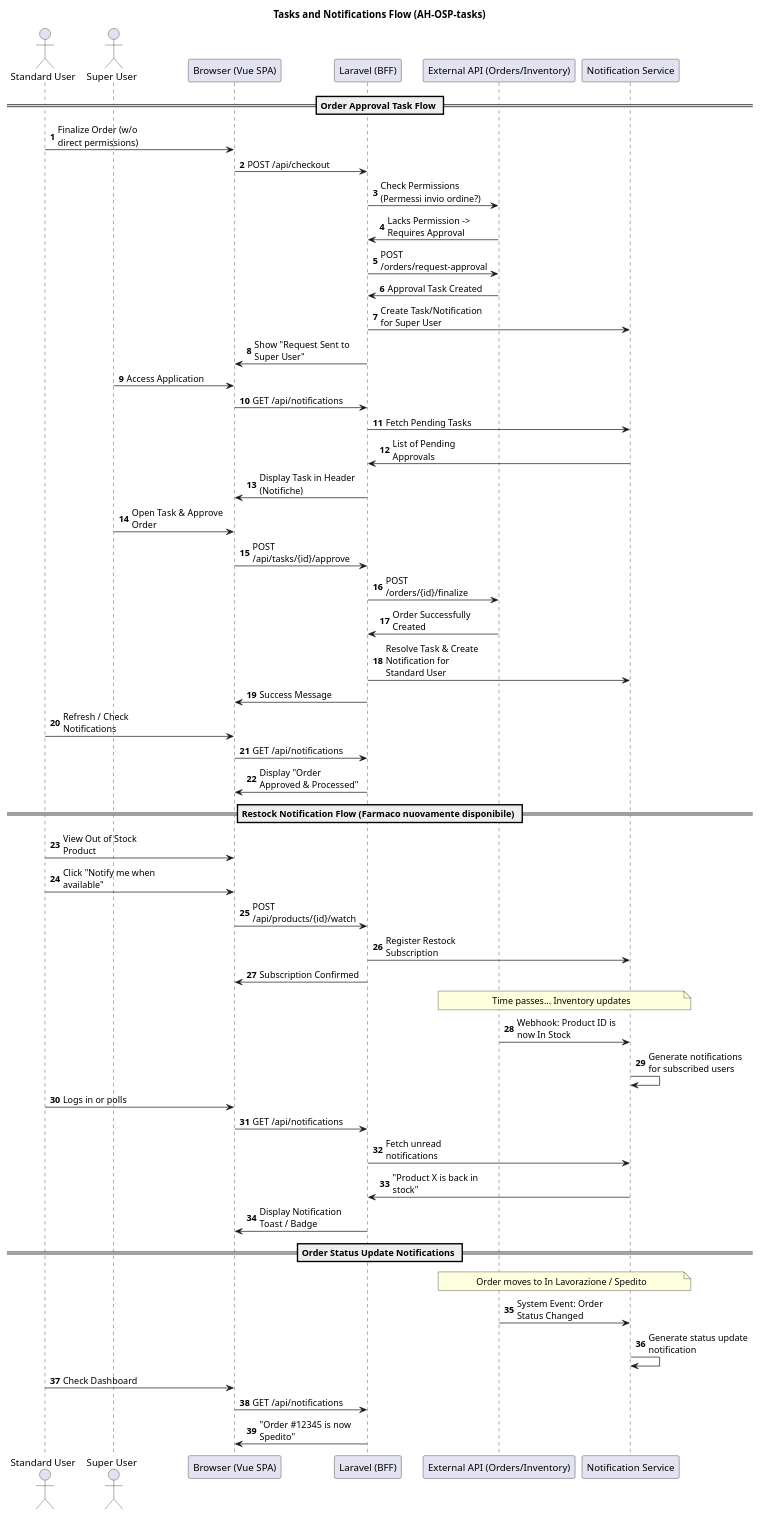
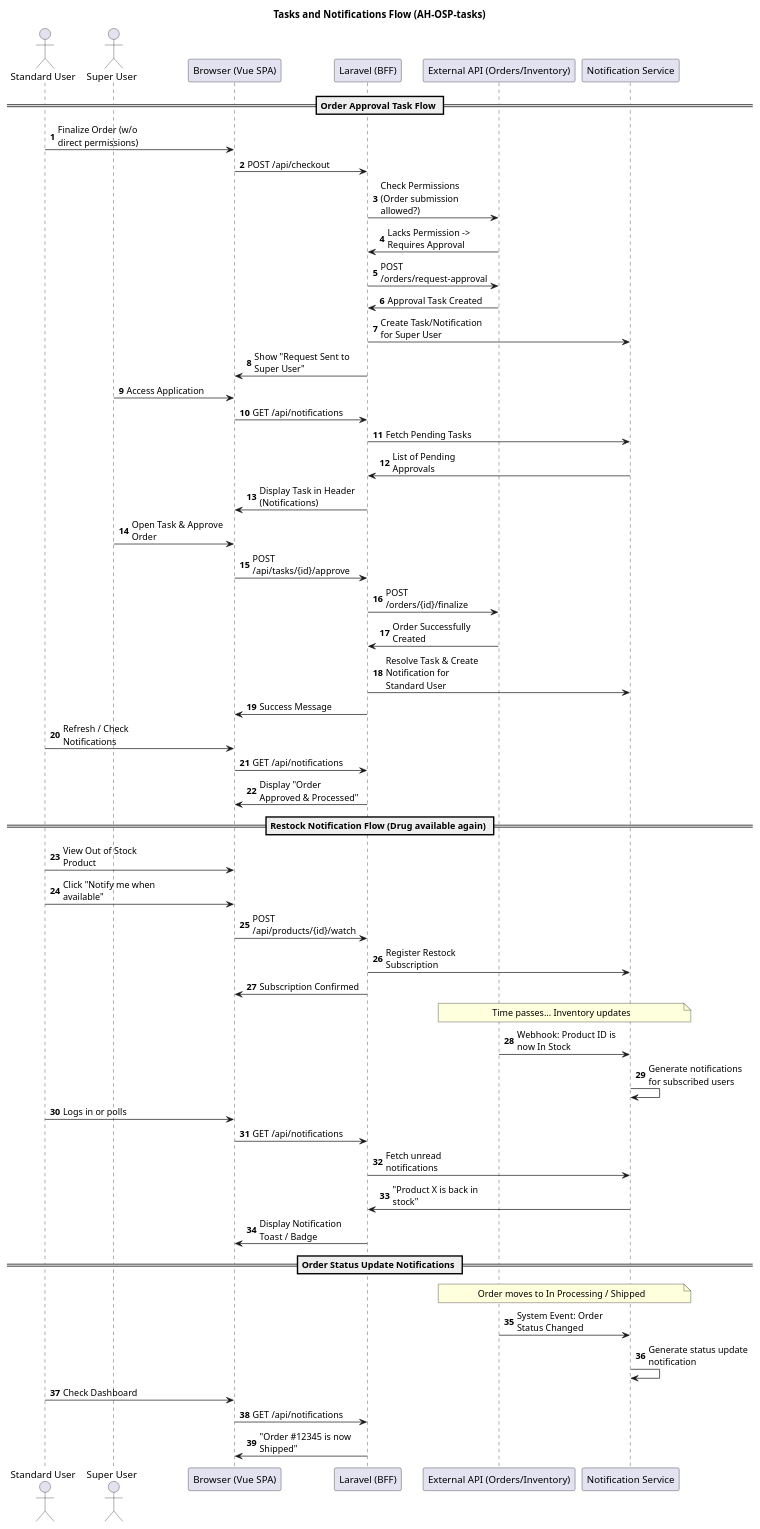
Before and after one commit to gant85/ospedaliero-design: the diagram in docs/diagrams/sequence-tasks-flow.puml, drawn with PlantUML. The commit also changed 14 other files, not shown here.

```diff
--- a/docs/diagrams/sequence-tasks-flow.puml
+++ b/docs/diagrams/sequence-tasks-flow.puml
@@ -1,69 +1,69 @@
 @startuml
 title Tasks and Notifications Flow (AH-OSP-tasks)
 skinparam maxMessageSize 150
 autonumber
 
 actor "Standard User" as User
 actor "Super User" as SuperUser
 participant "Browser (Vue SPA)" as Browser
 participant "Laravel (BFF)" as BFF
 participant "External API (Orders/Inventory)" as API
 participant "Notification Service" as NotifyAPI
 
 == Order Approval Task Flow ==
 
 User -> Browser: Finalize Order (w/o direct permissions)
 Browser -> BFF: POST /api/checkout
-BFF -> API: Check Permissions (Permessi invio ordine?)
+BFF -> API: Check Permissions (Order submission allowed?)
 API -> BFF: Lacks Permission -> Requires Approval
 BFF -> API: POST /orders/request-approval
 API -> BFF: Approval Task Created
 BFF -> NotifyAPI: Create Task/Notification for Super User
 BFF -> Browser: Show "Request Sent to Super User"
 
 SuperUser -> Browser: Access Application
 Browser -> BFF: GET /api/notifications
 BFF -> NotifyAPI: Fetch Pending Tasks
 NotifyAPI -> BFF: List of Pending Approvals
-BFF -> Browser: Display Task in Header (Notifiche)
+BFF -> Browser: Display Task in Header (Notifications)
 
 SuperUser -> Browser: Open Task & Approve Order
 Browser -> BFF: POST /api/tasks/{id}/approve
 BFF -> API: POST /orders/{id}/finalize
 API -> BFF: Order Successfully Created
 BFF -> NotifyAPI: Resolve Task & Create Notification for Standard User
 BFF -> Browser: Success Message
 
 User -> Browser: Refresh / Check Notifications
 Browser -> BFF: GET /api/notifications
 BFF -> Browser: Display "Order Approved & Processed"
 
-== Restock Notification Flow (Farmaco nuovamente disponibile) ==
+== Restock Notification Flow (Drug available again) ==
 
 User -> Browser: View Out of Stock Product
 User -> Browser: Click "Notify me when available"
 Browser -> BFF: POST /api/products/{id}/watch
 BFF -> NotifyAPI: Register Restock Subscription
 BFF -> Browser: Subscription Confirmed
 
 note over API, NotifyAPI: Time passes... Inventory updates
 API -> NotifyAPI: Webhook: Product ID is now In Stock
 NotifyAPI -> NotifyAPI: Generate notifications for subscribed users
 
 User -> Browser: Logs in or polls
 Browser -> BFF: GET /api/notifications
 BFF -> NotifyAPI: Fetch unread notifications
 NotifyAPI -> BFF: "Product X is back in stock"
 BFF -> Browser: Display Notification Toast / Badge
 
 == Order Status Update Notifications ==
 
-note over API, NotifyAPI: Order moves to In Lavorazione / Spedito
+note over API, NotifyAPI: Order moves to In Processing / Shipped
 API -> NotifyAPI: System Event: Order Status Changed
 NotifyAPI -> NotifyAPI: Generate status update notification
 
 User -> Browser: Check Dashboard
 Browser -> BFF: GET /api/notifications
-BFF -> Browser: "Order #12345 is now Spedito"
+BFF -> Browser: "Order #12345 is now Shipped"
 
 @enduml
```
